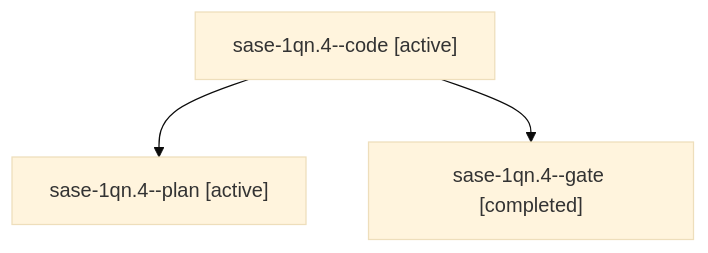
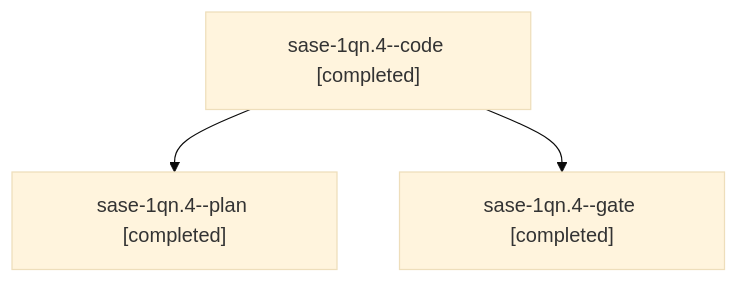
The diagram in sessions/bbugyi200.athena.sase-1qn.4.md (sase-org/sase--agents), drawn with Mermaid (base theme) before and after one commit. The commit also changed other lines of this file and 28 other files, not shown here.

````diff
--- a/sessions/bbugyi200.athena.sase-1qn.4.md
+++ b/sessions/bbugyi200.athena.sase-1qn.4.md
@@ -9,8 +9,8 @@
 ```mermaid
 flowchart TD
-  n0["sase-1qn.4--code [active]"]
-  n1["sase-1qn.4--plan [active]"]
+  n0["sase-1qn.4--code [completed]"]
+  n1["sase-1qn.4--plan [completed]"]
   n0 --> n1
   n2["sase-1qn.4--gate [completed]"]
   n0 --> n2
 ```
````
